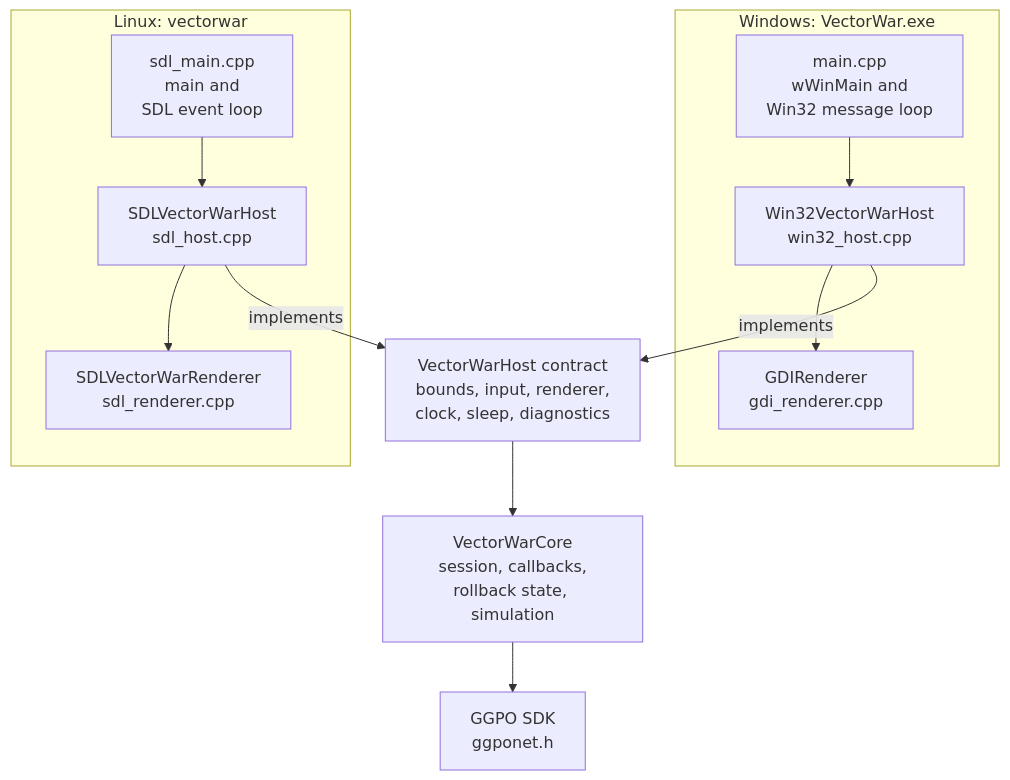
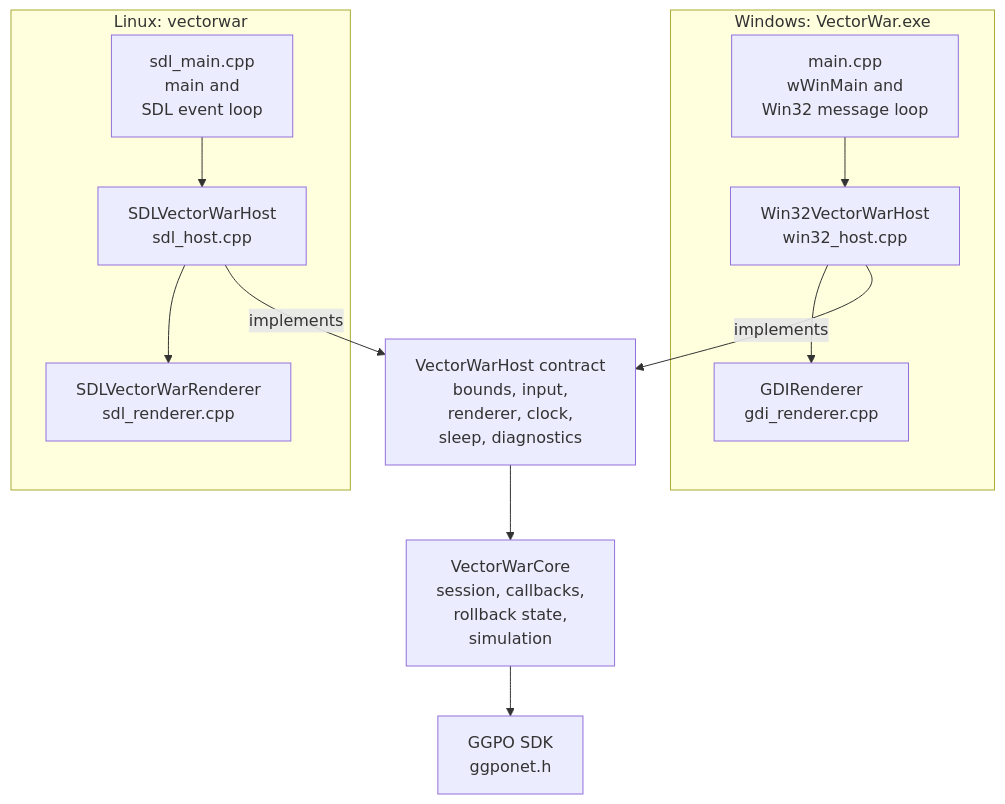
One commit to irregularthanis/ggpo-next changed the eighth of 8 diagrams in doc/architecture/VectorWar.md. Above: the diagram before and after it, drawn with Mermaid. The commit also changed 6 other files, not shown here.

Commit message:
docs: wrap long Mermaid labels

````diff
--- a/doc/architecture/VectorWar.md
+++ b/doc/architecture/VectorWar.md
@@ -487,22 +487,22 @@
 ```mermaid
 flowchart TD
     subgraph Windows["Windows: VectorWar.exe"]
         WinMain["main.cpp<br/>wWinMain and<br/>Win32 message loop"]
         WinHost["Win32VectorWarHost<br/>win32_host.cpp"]
         GDI["GDIRenderer<br/>gdi_renderer.cpp"]
         WinMain --> WinHost --> GDI
     end
     subgraph Linux["Linux: vectorwar"]
         SdlMain["sdl_main.cpp<br/>main and<br/>SDL event loop"]
         SdlHost["SDLVectorWarHost<br/>sdl_host.cpp"]
         SdlDraw["SDLVectorWarRenderer<br/>sdl_renderer.cpp"]
         SdlMain --> SdlHost --> SdlDraw
     end
-    Contract["VectorWarHost contract<br/>bounds, input, renderer,<br/>clock, sleep, diagnostics"]
-    Core["VectorWarCore<br/>session, callbacks,<br/>rollback state, simulation"]
+    Contract["VectorWarHost contract<br/>bounds, input,<br/>renderer, clock,<br/>sleep, diagnostics"]
+    Core["VectorWarCore<br/>session, callbacks,<br/>rollback state,<br/>simulation"]
     GGPO["GGPO SDK<br/>ggponet.h"]
 
     WinHost -->|"implements"| Contract
     SdlHost -->|"implements"| Contract
     Contract --> Core --> GGPO
 ```
````
